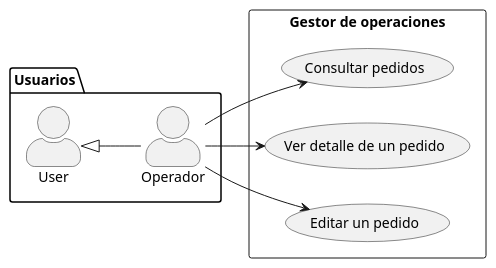
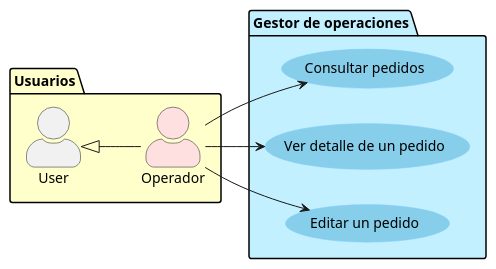
One commit to calmecac-community/lacandon changed the diagram in doc/casos-de-uso/operaciones.wsd. Above: the diagram before and after it, drawn with PlantUML. The commit also changed 19 other files, not shown here.

```diff
--- a/doc/casos-de-uso/operaciones.wsd
+++ b/doc/casos-de-uso/operaciones.wsd
@@ -1,19 +1,24 @@
 @startuml operaciones
 left to right direction
 skinparam actorStyle awesome
 
-package Usuarios {
-  actor Operador
+skinparam usecase {
+  BackgroundColor SkyBlue
+  BorderColor LightSkyBlue
+}
+
+package Usuarios #BUSINESS{
+  actor Operador #IMPLEMENTATION
   User <|-- Operador
 }
-rectangle "Gestor de operaciones" {
+package "Gestor de operaciones" #APPLICATION {
   usecase "Consultar pedidos" as consultarPedido
   usecase "Ver detalle de un pedido" as verPedido
   usecase "Editar un pedido" as editarPedido
 }
 
 Operador --> consultarPedido
 Operador --> verPedido
 Operador --> editarPedido
 
 @enduml
```
